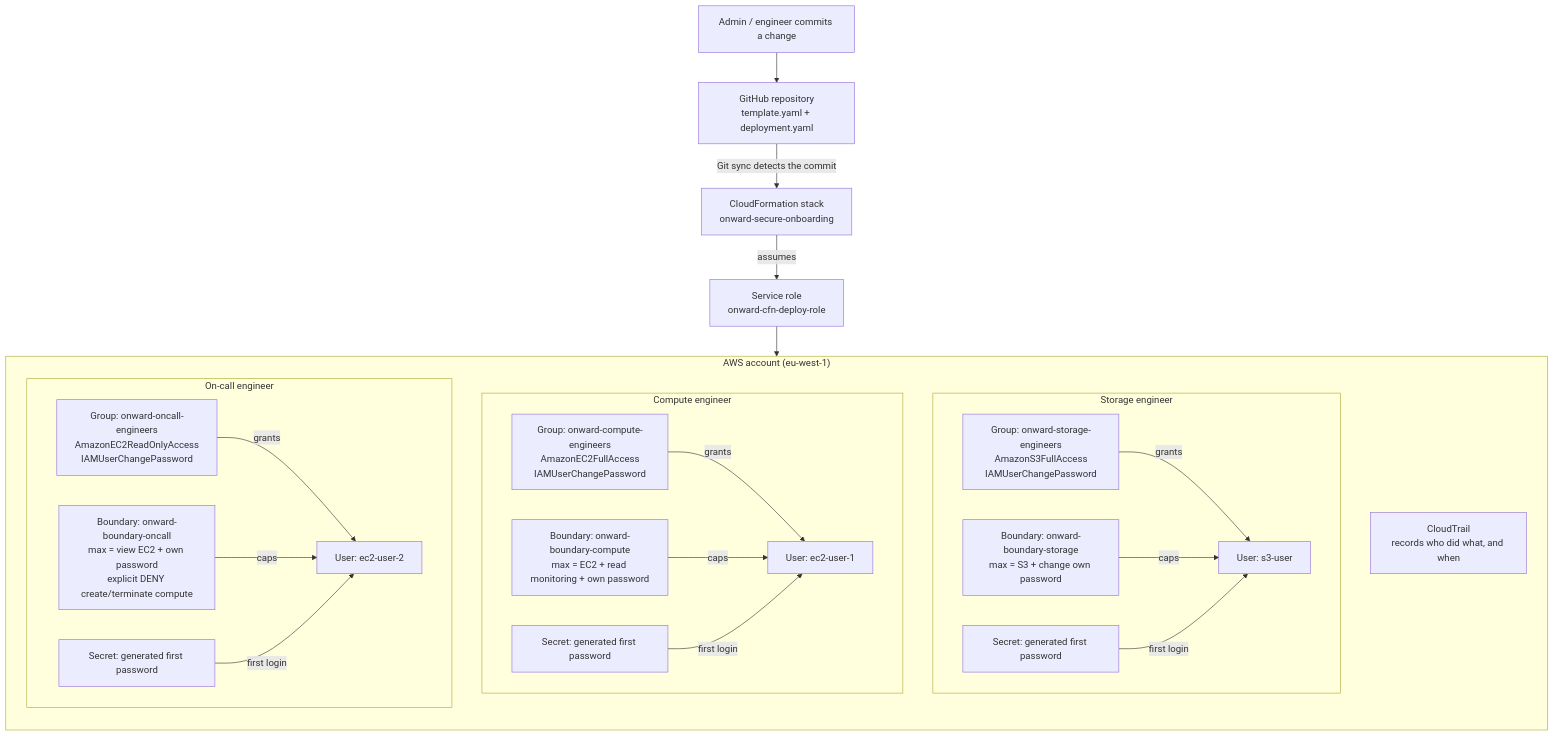
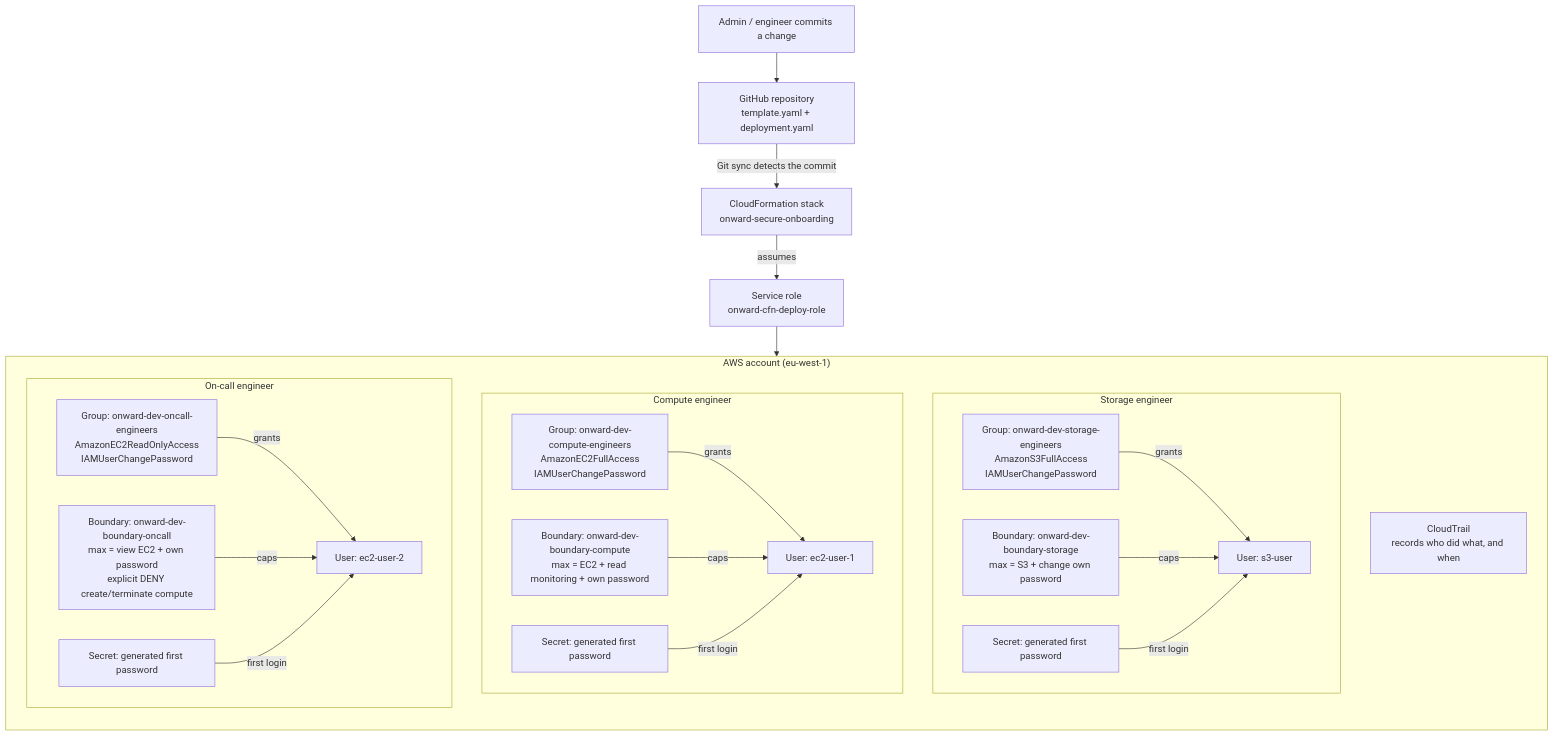
Before and after one commit to effienjoki/onward-secure-onboarding: the diagram in README.md, drawn with Mermaid. The commit also changed other lines of this file and 2 other files, not shown here.

````diff
--- a/README.md
+++ b/README.md
@@ -9,44 +9,44 @@
 ```mermaid
 flowchart TB
     admin["Admin / engineer commits a change"] --> repo["GitHub repository<br/>template.yaml + deployment.yaml"]
     repo -->|"Git sync detects the commit"| cfn["CloudFormation stack<br/>onward-secure-onboarding"]
     cfn -->|"assumes"| role["Service role<br/>onward-cfn-deploy-role"]
 
     subgraph account["AWS account (eu-west-1)"]
         direction TB
 
         subgraph storage["Storage engineer"]
-            g1["Group: onward-storage-engineers<br/>AmazonS3FullAccess<br/>IAMUserChangePassword"]
-            b1["Boundary: onward-boundary-storage<br/>max = S3 + change own password"]
+            g1["Group: onward-dev-storage-engineers<br/>AmazonS3FullAccess<br/>IAMUserChangePassword"]
+            b1["Boundary: onward-dev-boundary-storage<br/>max = S3 + change own password"]
             s1["Secret: generated first password"]
             u1["User: s3-user"]
             g1 -->|"grants"| u1
             b1 -->|"caps"| u1
             s1 -->|"first login"| u1
         end
 
         subgraph compute["Compute engineer"]
-            g2["Group: onward-compute-engineers<br/>AmazonEC2FullAccess<br/>IAMUserChangePassword"]
-            b2["Boundary: onward-boundary-compute<br/>max = EC2 + read monitoring + own password"]
+            g2["Group: onward-dev-compute-engineers<br/>AmazonEC2FullAccess<br/>IAMUserChangePassword"]
+            b2["Boundary: onward-dev-boundary-compute<br/>max = EC2 + read monitoring + own password"]
             s2["Secret: generated first password"]
             u2["User: ec2-user-1"]
             g2 -->|"grants"| u2
             b2 -->|"caps"| u2
             s2 -->|"first login"| u2
         end
 
         subgraph oncall["On-call engineer"]
-            g3["Group: onward-oncall-engineers<br/>AmazonEC2ReadOnlyAccess<br/>IAMUserChangePassword"]
-            b3["Boundary: onward-boundary-oncall<br/>max = view EC2 + own password<br/>explicit DENY create/terminate compute"]
+            g3["Group: onward-dev-oncall-engineers<br/>AmazonEC2ReadOnlyAccess<br/>IAMUserChangePassword"]
+            b3["Boundary: onward-dev-boundary-oncall<br/>max = view EC2 + own password<br/>explicit DENY create/terminate compute"]
             s3["Secret: generated first password"]
             u3["User: ec2-user-2"]
             g3 -->|"grants"| u3
             b3 -->|"caps"| u3
             s3 -->|"first login"| u3
         end
 
         trail["CloudTrail<br/>records who did what, and when"]
     end
 
     role --> account
 ```
````
